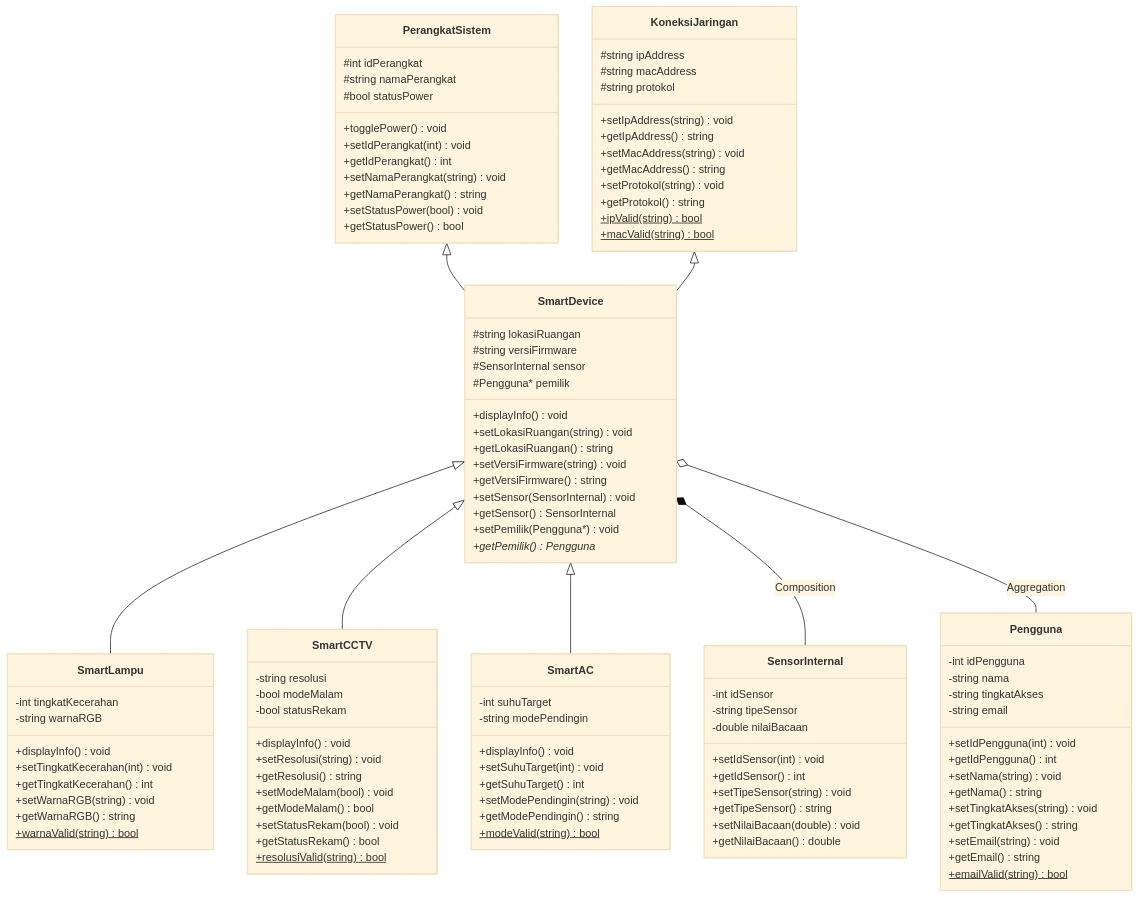
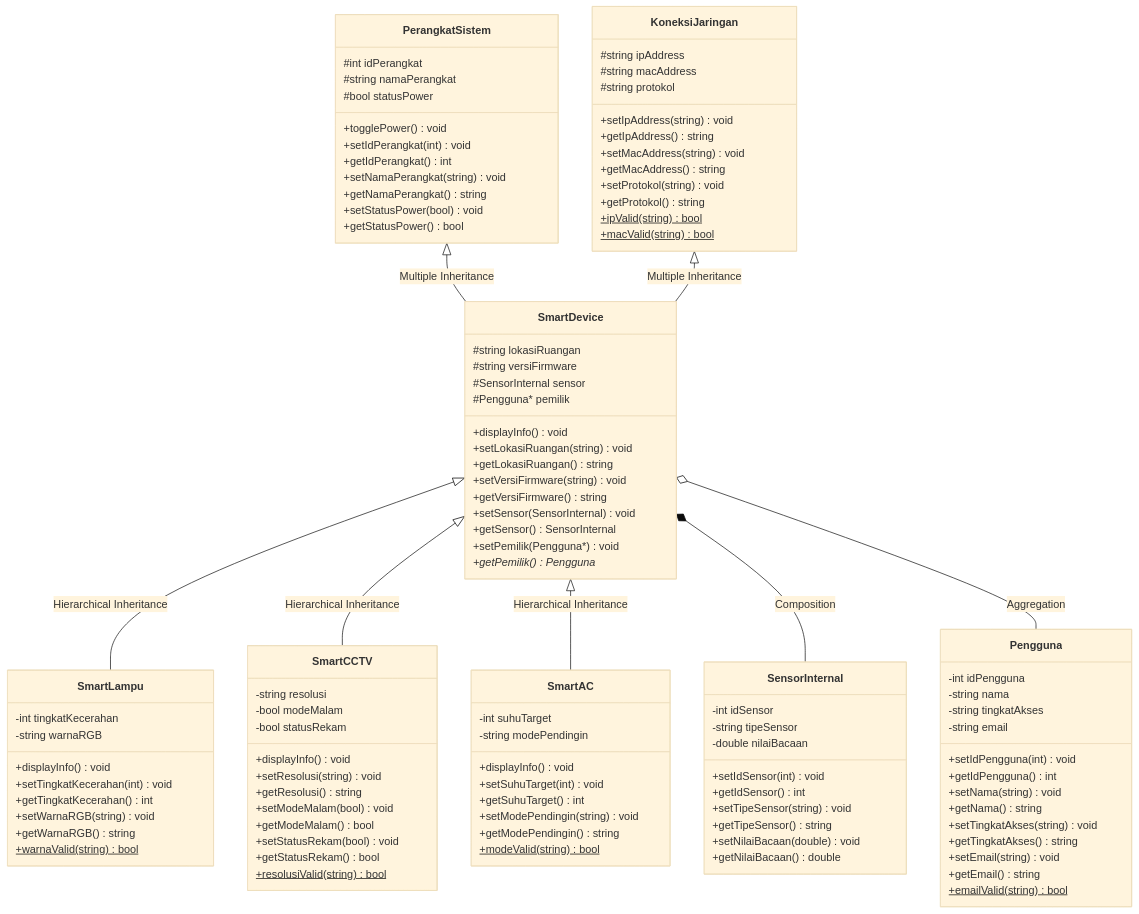
The diagram in README.md (mochcom/TP3DPBO2526C2), drawn with Mermaid (base theme) before and after one commit. The commit also changed other lines of this file, not shown here.

````diff
--- a/README.md
+++ b/README.md
@@ -163,11 +166,15 @@
         +getModePendingin() string
         +modeValid(string)$ bool
     }
-    PerangkatSistem <|-- SmartDevice
-    KoneksiJaringan <|-- SmartDevice
-    SmartDevice <|-- SmartLampu
-    SmartDevice <|-- SmartCCTV
-    SmartDevice <|-- SmartAC
+
+    %% Relationships
+    PerangkatSistem <|-- SmartDevice : Multiple Inheritance
+    KoneksiJaringan <|-- SmartDevice : Multiple Inheritance
+
+    SmartDevice <|-- SmartLampu : Hierarchical Inheritance
+    SmartDevice <|-- SmartCCTV : Hierarchical Inheritance
+    SmartDevice <|-- SmartAC : Hierarchical Inheritance
+
     SmartDevice *-- SensorInternal : Composition
     SmartDevice o-- Pengguna : Aggregation
 ```
````
